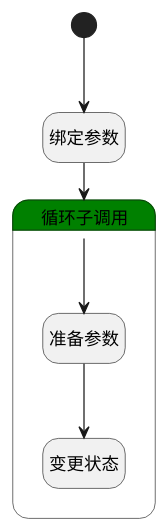
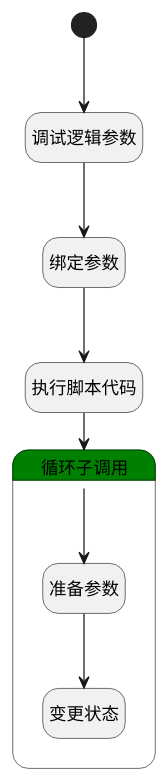
The diagram in doc/docsify/module/ProjMgmt/work_item/logic/change_state.md (iBizLab/plm), drawn with PlantUML before and after one commit. The commit also changed other lines of this file and 713 other files, not shown here.

````diff
--- a/doc/docsify/module/ProjMgmt/work_item/logic/change_state.md
+++ b/doc/docsify/module/ProjMgmt/work_item/logic/change_state.md
@@ -7,26 +7,30 @@
 ```plantuml
 @startuml
 hide empty description
 <style>
 root {
   HyperlinkColor #42b983
 }
 </style>
 
 hide empty description
 state "开始" as Begin <<start>> [[$./change_state#begin {"开始"}]]
+state "调试逻辑参数" as DEBUGPARAM1  [[$./change_state#debugparam1 {"调试逻辑参数"}]]
 state "绑定参数" as BINDPARAM1  [[$./change_state#bindparam1 {"绑定参数"}]]
+state "执行脚本代码" as RAWSFCODE1  [[$./change_state#rawsfcode1 {"执行脚本代码"}]]
 state "循环子调用" as LOOPSUBCALL1  [[$./change_state#loopsubcall1 {"循环子调用"}]] #green {
 state "准备参数" as PREPAREPARAM2  [[$./change_state#prepareparam2 {"准备参数"}]]
 state "变更状态" as DEACTION1  [[$./change_state#deaction1 {"变更状态"}]]
 }
 
 
-Begin --> BINDPARAM1
-BINDPARAM1 --> LOOPSUBCALL1
+Begin --> DEBUGPARAM1
+DEBUGPARAM1 --> BINDPARAM1
+BINDPARAM1 --> RAWSFCODE1
+RAWSFCODE1 --> LOOPSUBCALL1
 LOOPSUBCALL1 --> PREPAREPARAM2
 PREPAREPARAM2 --> DEACTION1
 
 
 @enduml
 ```
````
